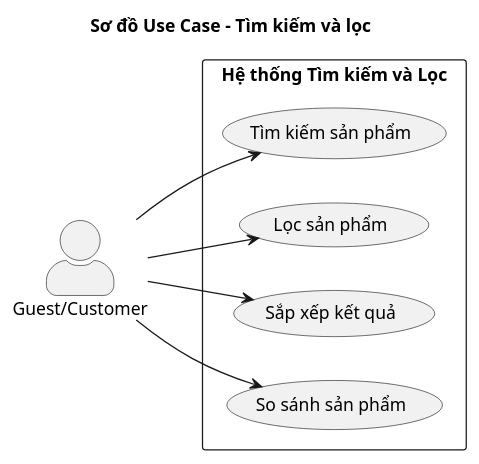
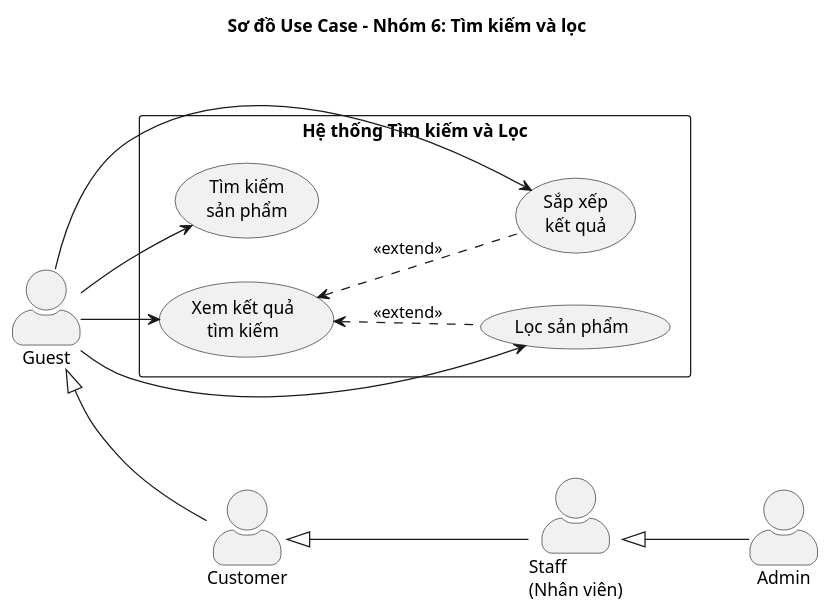
Before and after one commit to sangtm2612/DATN-BaoCao: the diagram in usecases/06_TimKiem_Loc.puml, drawn with PlantUML. The commit also changed 8 other files, not shown here.

```diff
--- a/usecases/06_TimKiem_Loc.puml
+++ b/usecases/06_TimKiem_Loc.puml
@@ -1,24 +1,39 @@
 @startuml 06_TimKiem_Loc
 skinparam actorStyle awesome
 skinparam packageStyle rectangle
 
-title Sơ đồ Use Case - Tìm kiếm và lọc
+title Sơ đồ Use Case - Nhóm 6: Tìm kiếm và lọc
 
 left to right direction
 
-actor "Guest/Customer" as user
+actor "Guest" as guest
+actor "Customer" as customer
+actor "Staff\n(Nhân viên)" as staff
+actor "Admin" as admin
+
+' Quan hệ kế thừa - tất cả đều có thể tìm kiếm
+guest <|-- customer
+customer <|-- staff
+staff <|-- admin
 
 package "Hệ thống Tìm kiếm và Lọc" {
     
-    usecase "Tìm kiếm sản phẩm" as UC601
+    usecase "Tìm kiếm\nsản phẩm" as UC601
     usecase "Lọc sản phẩm" as UC602
-    usecase "Sắp xếp kết quả" as UC603
-    usecase "So sánh sản phẩm" as UC604
+    usecase "Sắp xếp\nkết quả" as UC603
+    usecase "Xem kết quả\ntìm kiếm" as UC604
 }
 
-user --> UC601
-user --> UC602
-user --> UC603
-user --> UC604
+' Guest có thể tìm kiếm và lọc
+guest --> UC601
+guest --> UC602
+guest --> UC603
+guest --> UC604
+
+' Customer, Staff, Admin kế thừa từ Guest nên cũng có các quyền này
+
+' Quan hệ extend
+UC604 <.. UC602 : <<extend>>
+UC604 <.. UC603 : <<extend>>
 
 @enduml
```
